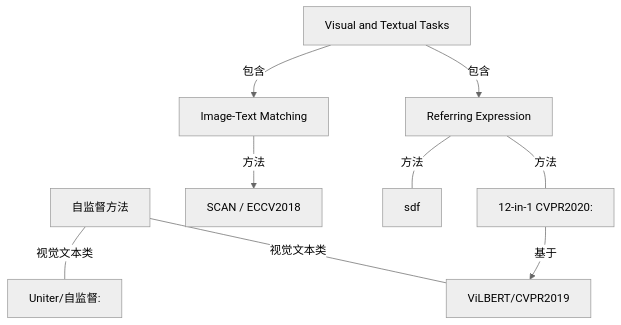
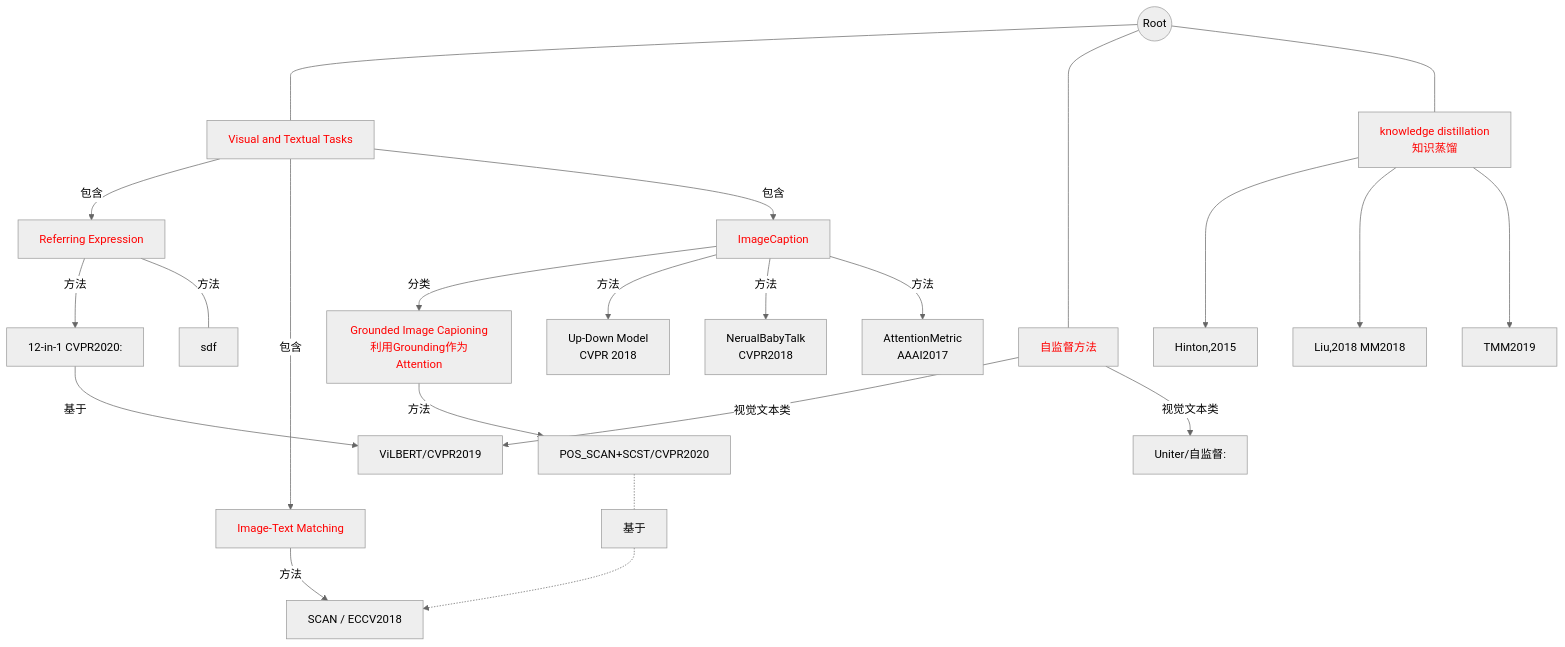
One commit to 2742195759/xkblog changed the second of 4 diagrams in _posts/2021-03-10-TOREAD.md. Above: the diagram before and after it, drawn with Mermaid (neutral theme). The commit also changed other lines of this file and 4 other files, not shown here.

````diff
--- a/_posts/2021-03-10-TOREAD.md
+++ b/_posts/2021-03-10-TOREAD.md
@@ -38,23 +38,38 @@
 ```mermaid
 graph TD; 
-1[Visual and Textual Tasks] --包含--> 1.1[Referring Expression]
-1 --包含--> 1.2[Image-Text Matching]
+0((Root)) ---- 1
+0 ---- 2
+0 ---- 3
+1[<font color='red'>Visual and Textual Tasks</font>] --包含--> 1.1[<font color='red'>Referring Expression</font>]
+1 --包含--> 1.2[<font color='red'>Image-Text Matching</font>]
+1 --包含--> 1.3[<font color='red'>ImageCaption</font>]
+1.3 --分类--> 1.3.1[<font color='red'>Grounded Image Capioning<br>利用Grounding作为Attention</font>]
+1.3 --方法--> 1.3.2[Up-Down Model<br>CVPR 2018]
+1.3 --方法--> 1.3.3[NerualBabyTalk<br>CVPR2018]
+1.3 --方法--> 1.3.4[AttentionMetric<br>AAAI2017]
 1.2 --方法--> 1.2.1[SCAN / ECCV2018]
-2[自监督方法] --视觉文本类--- 1.1.1.1[ViLBERT]
-2 --视觉文本类--- 2.1[Uniter/自监督:<br>]
-1.1 -- 方法 --- 1.1.1[12-in-1 CVPR2020: <br> ]
+2[<font color='red'>自监督方法</font>] --视觉文本类--> 1.1.1.1[ViLBERT]
+3[<font color='red'>knowledge distillation<br>知识蒸馏</font>] ---> 3.1[Hinton,2015]
+3 ---> 3.2[Liu,2018 MM2018]
+3 ---> 3.3[TMM2019]
+2 --视觉文本类--> 2.1[Uniter/自监督:<br>]
+1.1 -- 方法 --> 1.1.1[12-in-1 CVPR2020: <br> ]
 1.1.1 -- 基于 --> 1.1.1.1[ViLBERT/CVPR2019]
 1.1 -- 方法 --- 1.1.2[sdf]
-
-
-
+1.3.1 --方法--> 1.3.1.1[POS_SCAN+SCST/CVPR2020]
+1.3.1.1 -.-基于-.-> 1.2.1
 
 
 click 1.1.1 "https://openaccess.thecvf.com/content_CVPR_2020/html/Lu_12-in-1_Multi-Task_Vision_and_Language_Representation_Learning_CVPR_2020_paper.html" "CVPR2020"
+click 1.1.1.1 "#vilbert" "pdflink"
+click 2.1 "https://arxiv.org/abs/1909.11740" "pdflink"
+click 1.2.1 "#scan" "pagelink"
+click 3.1 "https://arxiv.org/pdf/1507.00448.pdf" "pdflink"
+click 3.2 "https://arxiv.org/pdf/1809.05884.pdf" "pdflink"
+click 3.3 "https://ieeexplore.ieee.org/stamp/stamp.jsp?tp=&arnumber=8890866" "pdflink"
+click 1.3.2 "https://arxiv.org/pdf/1707.07998.pdf" "pdflink"
+click 1.3.1.1 "https://openaccess.thecvf.com/content_CVPR_2020/html/Zhou_More_Grounded_Image_Captioning_by_Distilling_Image-Text_Matching_Model_CVPR_2020_paper.html" "pdflink"
+click 1.3.3 "#nerual-baby-talk"
+click 1.3.4 "#attentionmetric"
 
-click 1.1.1.1 "#vilbert" "pdflink"
-
-click 2.1 "https://arxiv.org/abs/1909.11740" "pdflink"
-
-click 1.2.1 "#scan" "pagelink"
 ```
````
